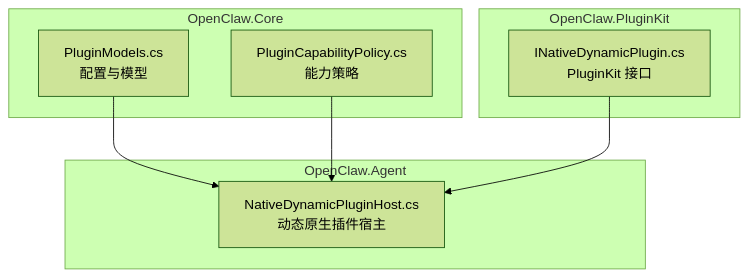
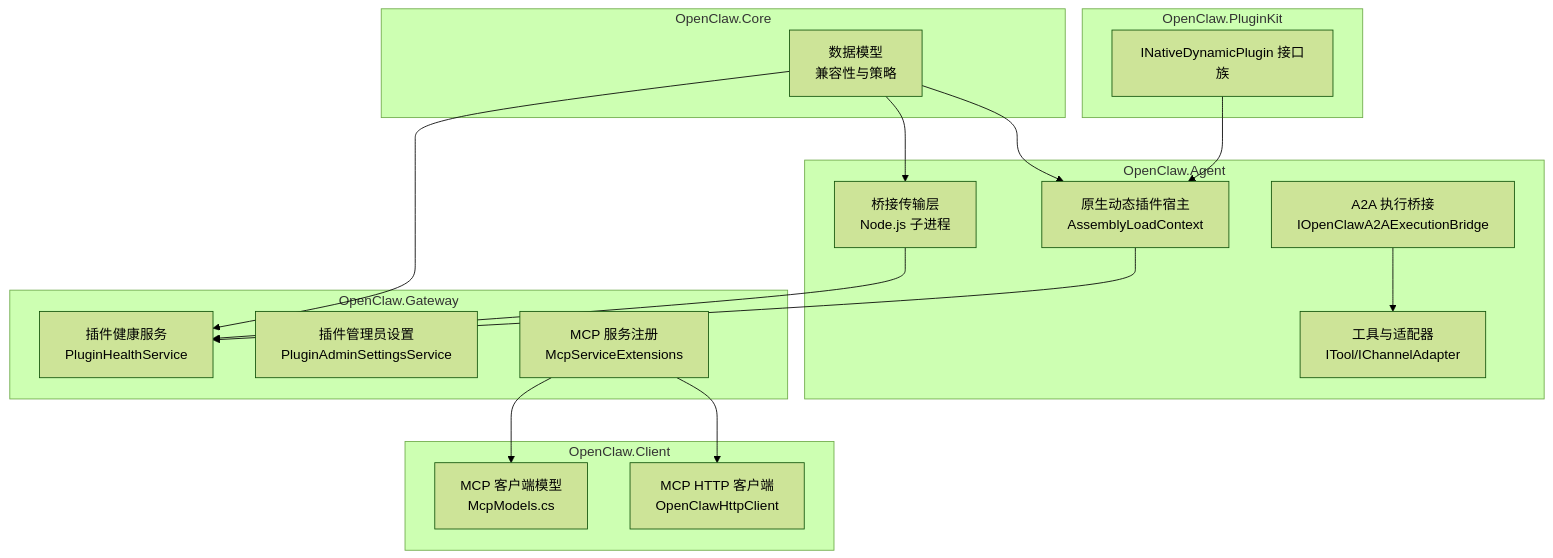
The first of 8 diagrams in .qoder/repowiki/zh/content/插件系统/插件系统.md (wayyet/kingcrab), drawn with Mermaid (forest theme) before and after one commit. The commit also changed other lines of this file and 173 other files, not shown here.

````diff
--- a/.qoder/repowiki/zh/content/插件系统/插件系统.md
+++ b/.qoder/repowiki/zh/content/插件系统/插件系统.md
@@ -44,16 +45,33 @@
 ```mermaid
 graph TB
 subgraph "OpenClaw.Core"
-CM["PluginModels.cs<br/>配置与模型"]
-CP["PluginCapabilityPolicy.cs<br/>能力策略"]
+CORE_MODELS["数据模型<br/>兼容性与策略"]
 end
 subgraph "OpenClaw.Agent"
-NDH["NativeDynamicPluginHost.cs<br/>动态原生插件宿主"]
+AG_BRIDGE["桥接传输层<br/>Node.js 子进程"]
+AG_NATIVE_HOST["原生动态插件宿主<br/>AssemblyLoadContext"]
+AG_TOOLS["工具与适配器<br/>ITool/IChannelAdapter"]
+AG_A2A["A2A 执行桥接<br/>IOpenClawA2AExecutionBridge"]
 end
 subgraph "OpenClaw.PluginKit"
-SDK["INativeDynamicPlugin.cs<br/>PluginKit 接口"]
+PK_API["INativeDynamicPlugin 接口族"]
 end
-CM --> NDH
-CP --> NDH
-SDK --> NDH
+subgraph "OpenClaw.Gateway"
+GW_HEALTH["插件健康服务<br/>PluginHealthService"]
+GW_ADMIN["插件管理员设置<br/>PluginAdminSettingsService"]
+GW_MCP["MCP 服务注册<br/>McpServiceExtensions"]
+end
+subgraph "OpenClaw.Client"
+CL_MCP["MCP 客户端模型<br/>McpModels.cs"]
+CL_HTTP["MCP HTTP 客户端<br/>OpenClawHttpClient"]
+end
+CORE_MODELS --> AG_BRIDGE
+CORE_MODELS --> AG_NATIVE_HOST
+CORE_MODELS --> GW_HEALTH
+PK_API --> AG_NATIVE_HOST
+AG_BRIDGE --> GW_HEALTH
+AG_NATIVE_HOST --> GW_HEALTH
+GW_MCP --> CL_MCP
+GW_MCP --> CL_HTTP
+AG_A2A --> AG_TOOLS
 ```
````
